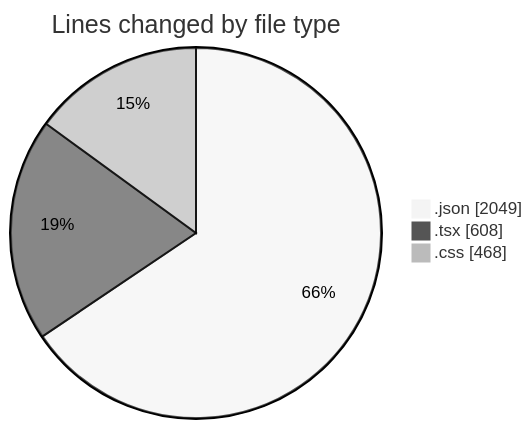
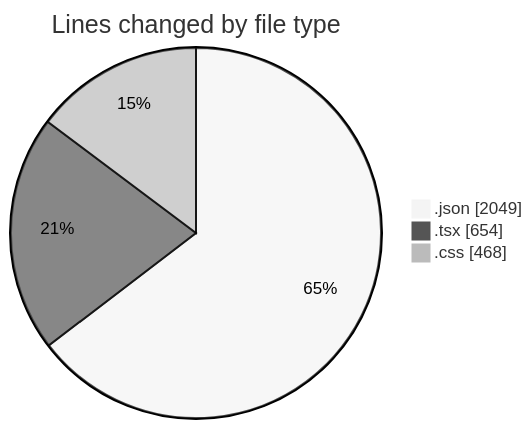
Before and after one commit to EIIisD/code-tracking: the first of 2 diagrams in 2025-08-14/ribbon/README.md, drawn with Mermaid (neutral theme). The commit also changed other lines of this file and 1 other file, not shown here.

````diff
--- a/2025-08-14/ribbon/README.md
+++ b/2025-08-14/ribbon/README.md
@@ -27,7 +27,7 @@
 ```mermaid
 pie showData
 title Lines changed by file type
 ".json" : 2049
-".tsx" : 608
+".tsx" : 654
 ".css" : 468
 ```
````
